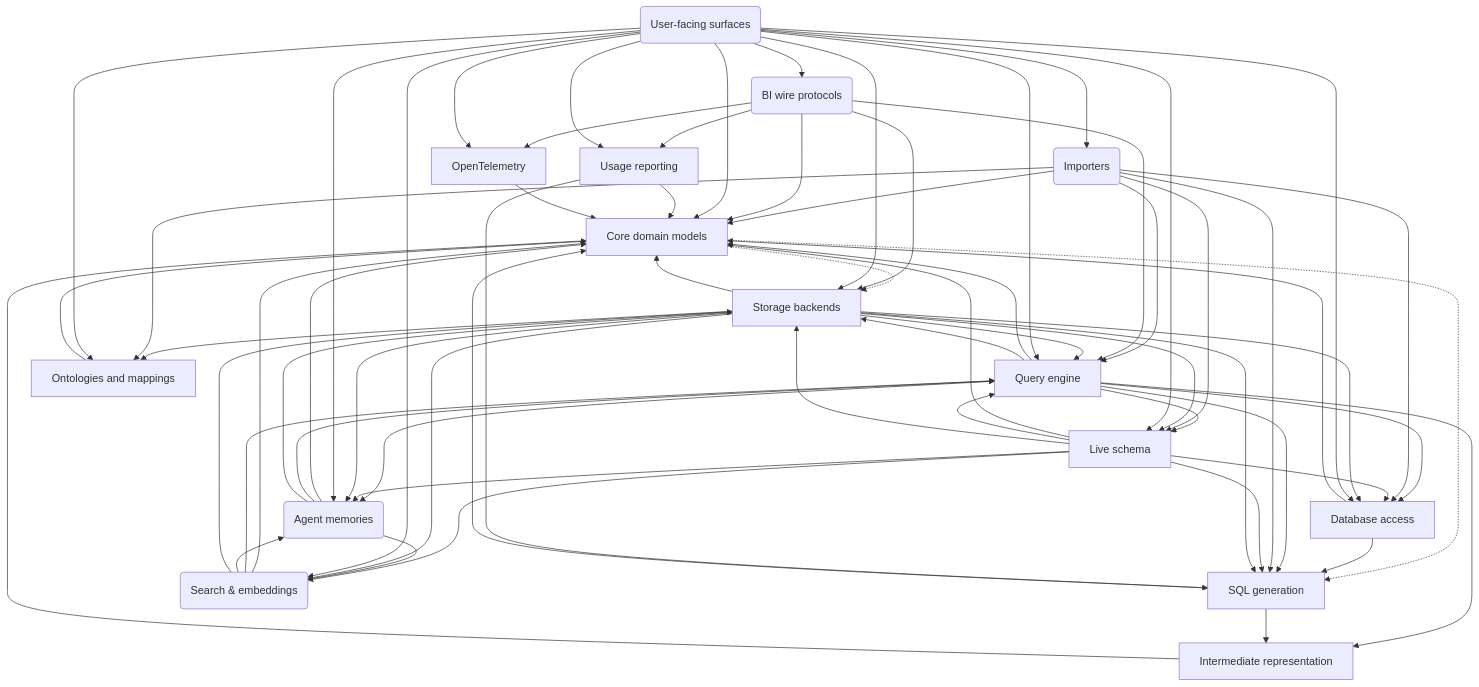
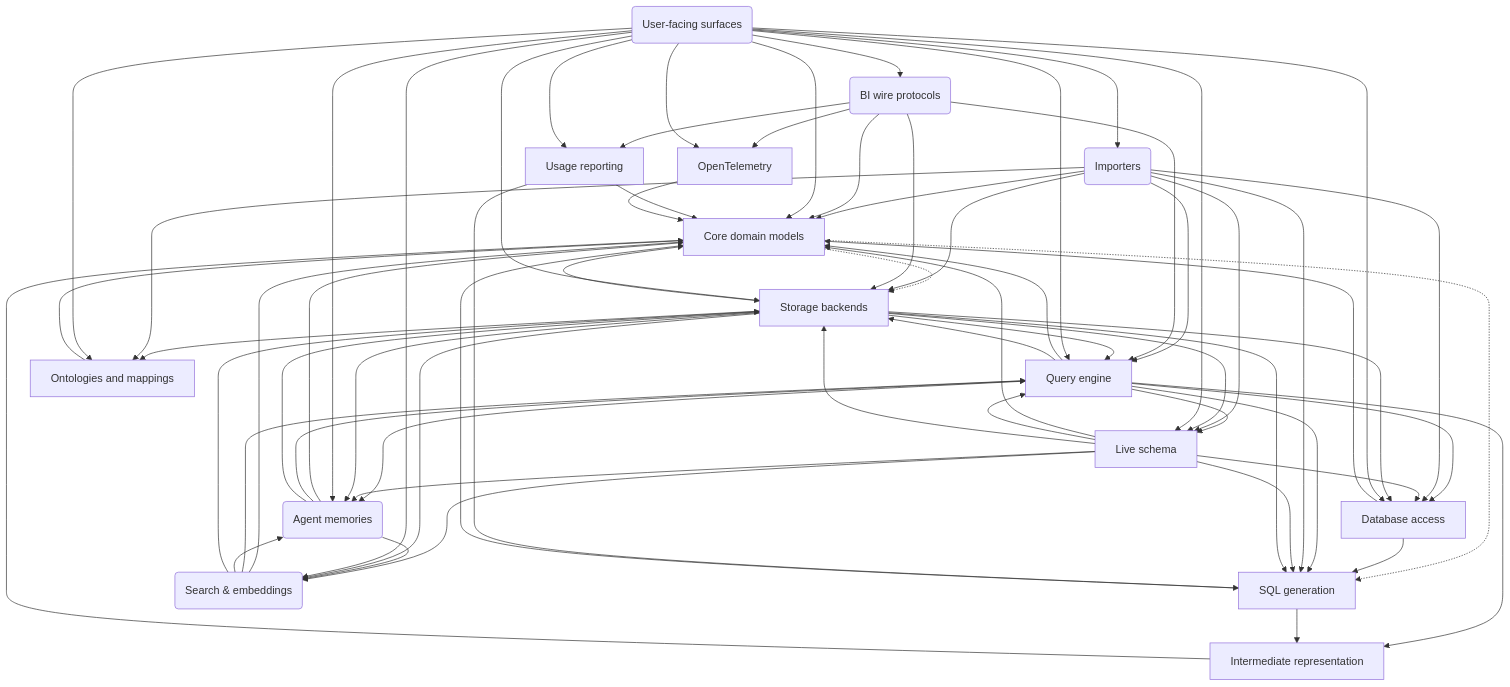
Before and after one commit to MotleyAI/slayer: the diagram in architecture/system.arc42.md, drawn with Mermaid. The commit also changed 95 other files, not shown here.

```diff
--- a/architecture/system.arc42.md
+++ b/architecture/system.arc42.md
@@ -48,6 +48,7 @@
   importers --> live_schema
   importers --> engine
   importers --> sql
+  importers --> storage
   ir --> core
   live_schema --> core
   live_schema --> database
```
